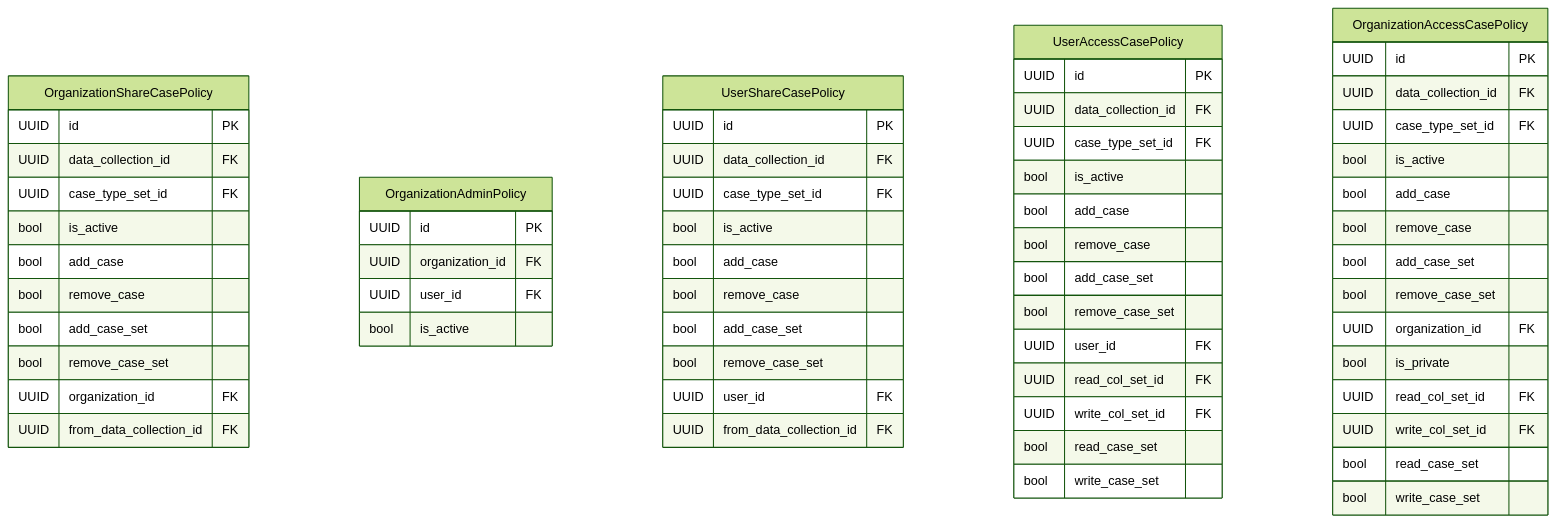
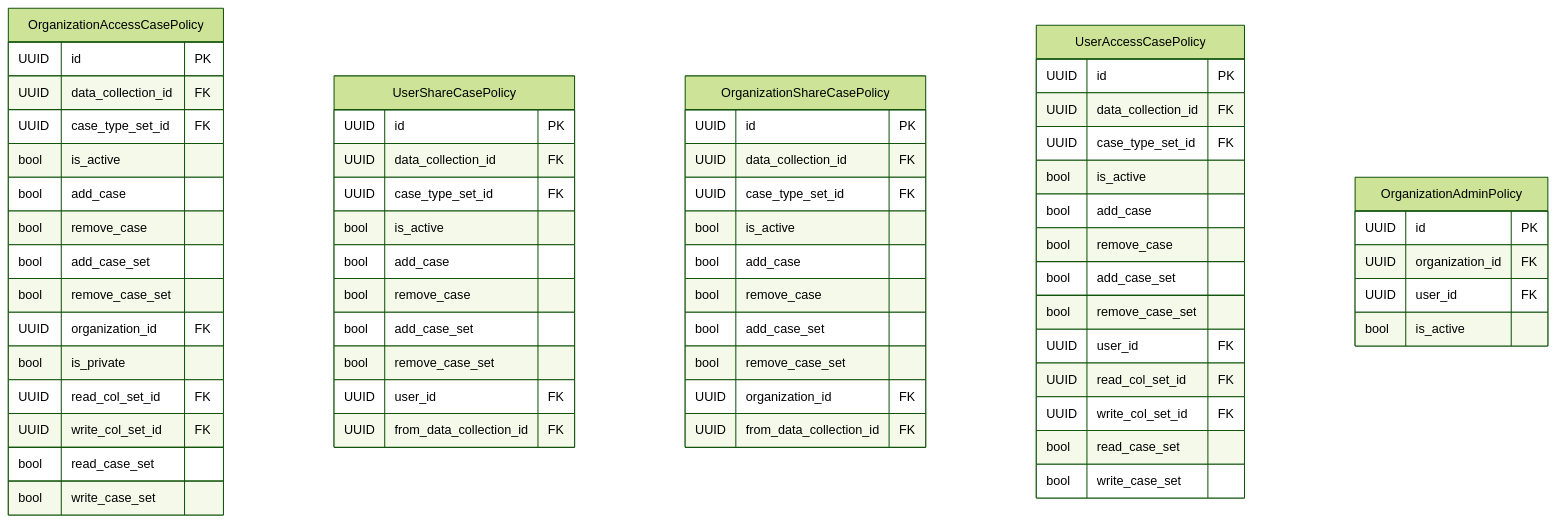
Before and after one commit to RIVM-bioinformatics/gen-epix-api: the diagram in docs/erm/casedb.abac.detailed.md, drawn with Mermaid (forest theme). The commit also changed other lines of this file and 186 other files, not shown here.

````diff
--- a/docs/erm/casedb.abac.detailed.md
+++ b/docs/erm/casedb.abac.detailed.md
@@ -5,72 +5,72 @@
 ```mermaid
 erDiagram
     %% casedb / ABAC (detailed)
 
     %% Entity definitions
-    OrganizationShareCasePolicy {
+    OrganizationAccessCasePolicy {
         UUID id PK
         UUID data_collection_id FK
         UUID case_type_set_id FK
         bool is_active
         bool add_case
         bool remove_case
         bool add_case_set
         bool remove_case_set
         UUID organization_id FK
-        UUID from_data_collection_id FK
-    }
-
-    OrganizationAdminPolicy {
-        UUID id PK
-        UUID organization_id FK
-        UUID user_id FK
-        bool is_active
+        bool is_private
+        UUID read_col_set_id FK
+        UUID write_col_set_id FK
+        bool read_case_set
+        bool write_case_set
     }
 
     UserShareCasePolicy {
         UUID id PK
         UUID data_collection_id FK
         UUID case_type_set_id FK
         bool is_active
         bool add_case
         bool remove_case
         bool add_case_set
         bool remove_case_set
         UUID user_id FK
+        UUID from_data_collection_id FK
+    }
+
+    OrganizationShareCasePolicy {
+        UUID id PK
+        UUID data_collection_id FK
+        UUID case_type_set_id FK
+        bool is_active
+        bool add_case
+        bool remove_case
+        bool add_case_set
+        bool remove_case_set
+        UUID organization_id FK
         UUID from_data_collection_id FK
     }
 
     UserAccessCasePolicy {
         UUID id PK
         UUID data_collection_id FK
         UUID case_type_set_id FK
         bool is_active
         bool add_case
         bool remove_case
         bool add_case_set
         bool remove_case_set
         UUID user_id FK
         UUID read_col_set_id FK
         UUID write_col_set_id FK
         bool read_case_set
         bool write_case_set
     }
 
-    OrganizationAccessCasePolicy {
+    OrganizationAdminPolicy {
         UUID id PK
-        UUID data_collection_id FK
-        UUID case_type_set_id FK
+        UUID organization_id FK
+        UUID user_id FK
         bool is_active
-        bool add_case
-        bool remove_case
-        bool add_case_set
-        bool remove_case_set
-        UUID organization_id FK
-        bool is_private
-        UUID read_col_set_id FK
-        UUID write_col_set_id FK
-        bool read_case_set
-        bool write_case_set
     }
 
 ```
````
